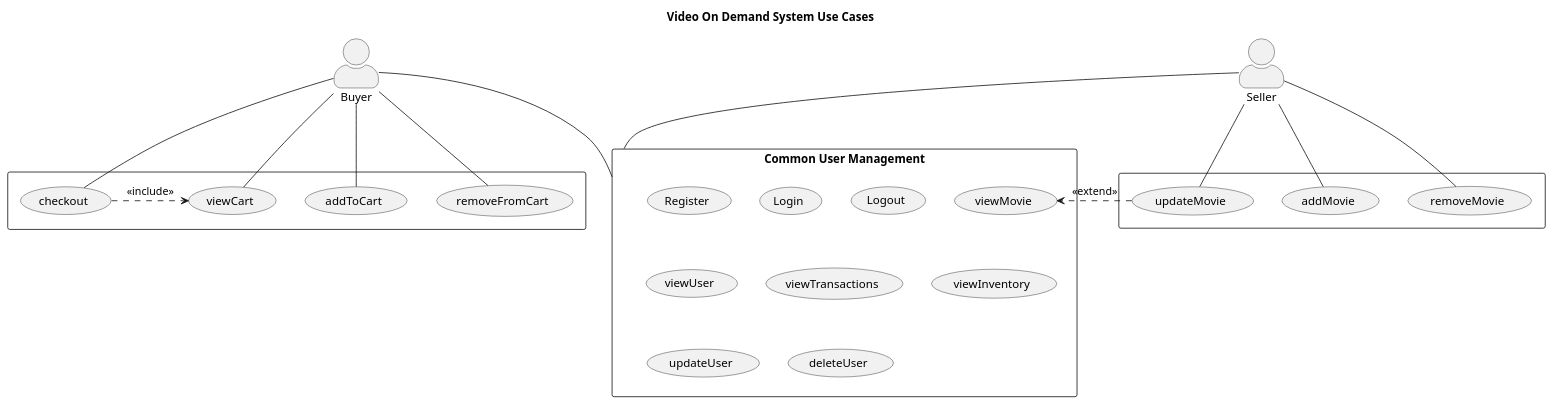
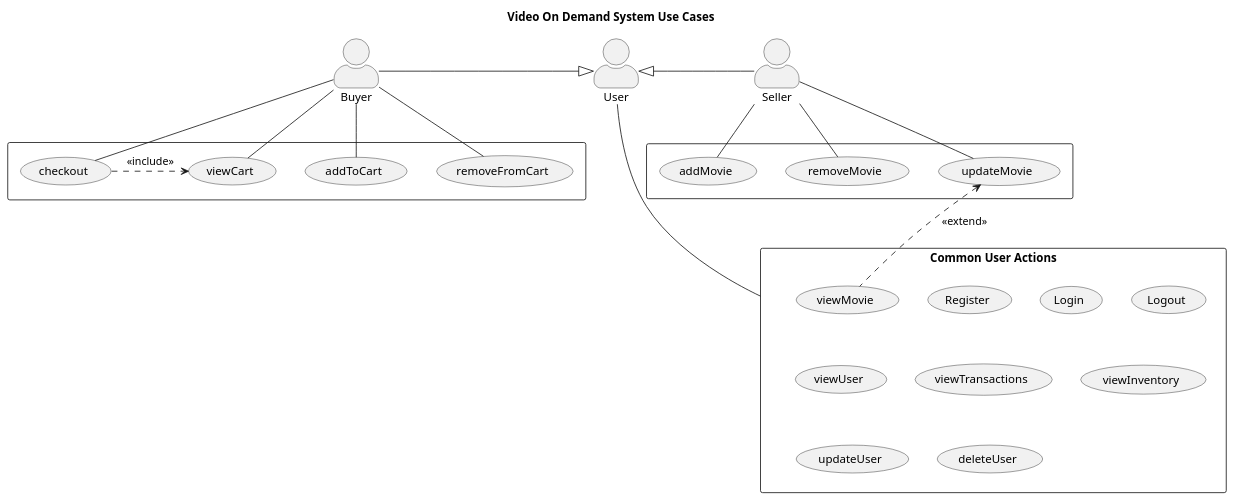
One commit to DrNeonsy/Java_Console-VOD-System changed the diagram in src/main/java/Graphs/Scripts/Use Case Overview.puml. Above: the diagram before and after it, drawn with PlantUML. The commit also changed 8 other files, not shown here.

```diff
--- a/src/main/java/Graphs/Scripts/Use Case Overview.puml
+++ b/src/main/java/Graphs/Scripts/Use Case Overview.puml
@@ -1,39 +1,42 @@
 @startuml Usecase Overview
 title Video On Demand System Use Cases
 
 skinparam actorStyle awesome
 skinparam packageStyle rectangle
 
+actor User as "User"
 actor Buyer as "Buyer"
 actor Seller as "Seller"
 
-rectangle "Common User Management" as UserMgmt {
+rectangle "Common User Actions" as UserMgmt {
     (Register)
     (Login)
     (Logout)
     (viewUser)
     (viewTransactions)
     (viewInventory)
     (viewMovie)
     (updateUser)
     (deleteUser)
 }
 
 rectangle {
   Buyer -- (addToCart)
   Buyer -- (removeFromCart)
   Buyer -- (viewCart)
   Buyer -- (checkout)
-  (checkout) .> (viewCart) : <<include>>
+  (checkout) .r.> (viewCart) : <<include>>
 }
 
 rectangle {
   Seller -- (addMovie)
   Seller -- (removeMovie)
   Seller -- (updateMovie)
-  (updateMovie) .> (viewMovie) : <<extend>>
+  (updateMovie) <.. (viewMovie) : <<extend>>
 }
 
-Buyer -- UserMgmt
-Seller -- UserMgmt
+User -d- UserMgmt
+User <|-r-- Seller
+User <|-l-- Buyer
+
 @enduml
```
